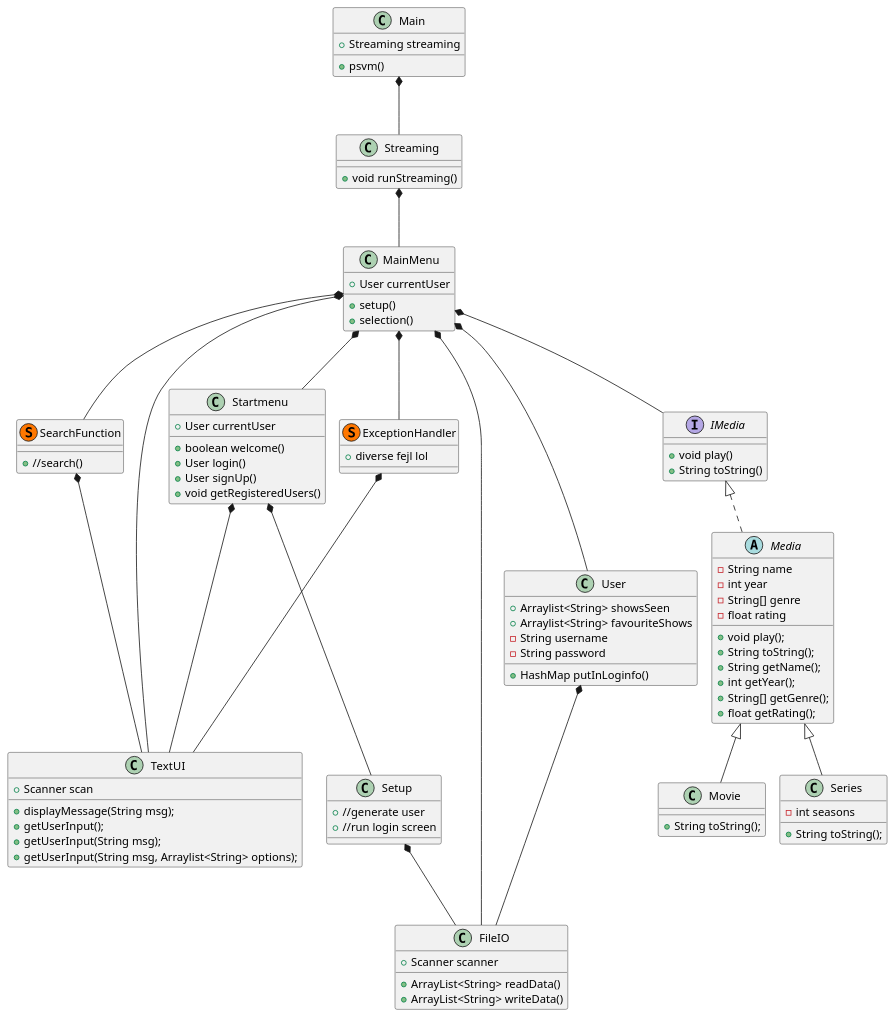
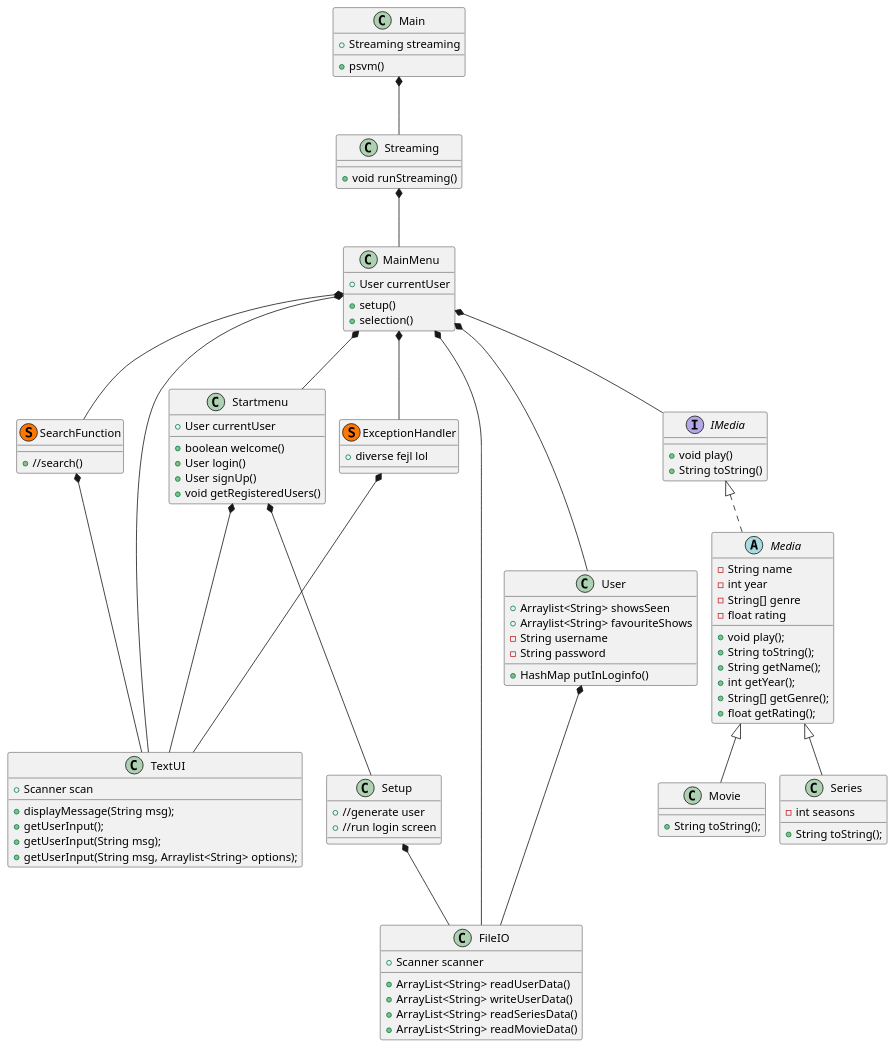
Before and after one commit to Sebbedeb/SP3---Streaming-Service: the diagram in SP03/Documentation/Class Diagram.puml, drawn with PlantUML.

Commit message:
UML FileIO update

```diff
--- a/SP03/Documentation/Class Diagram.puml
+++ b/SP03/Documentation/Class Diagram.puml
@@ -1,95 +1,97 @@
 @startuml
 'https://plantuml.com/class-diagram
 !pragma layout smetana
 
 class Main
 class MainMenu
 class Startmenu
 class TextUI
 class User
 class FileIO
 class ExceptionHandler << (S,#FF7700) >>
 abstract class Media implements IMedia
 class Movie extends Media
 class Series extends Media
 class SearchFunction << (S,#FF7700) >>
 class MainMenu
 class Streaming
 class Setup
 
 Main *--- Streaming
 Startmenu *--- Setup
 Streaming *--- MainMenu
 MainMenu *--- Startmenu
 MainMenu *---TextUI
 MainMenu *--- ExceptionHandler
 MainMenu *--- FileIO
 MainMenu *--- User
 MainMenu *--- IMedia
 MainMenu *--- SearchFunction
 User *--- FileIO
 SearchFunction *--- TextUI
 Startmenu *--- TextUI
 ExceptionHandler *--- TextUI
 Setup *--- FileIO
 
 Main : +psvm()
 Main : +Streaming streaming
 
 MainMenu : + User currentUser
 MainMenu : + setup()
 MainMenu : + selection()
 Streaming : + void runStreaming()
 
 Setup : + //generate user
 Setup : + //run login screen
 
 SearchFunction : +//search()
 
 Startmenu : + User currentUser
 Startmenu : + boolean welcome()
 Startmenu : + User login()
 Startmenu : + User signUp()
 Startmenu : + void getRegisteredUsers()
 
 FileIO : + Scanner scanner
-FileIO : + ArrayList<String> readData()
-FileIO : + ArrayList<String> writeData()
+FileIO : + ArrayList<String> readUserData()
+FileIO : + ArrayList<String> writeUserData()
+FileIO : + ArrayList<String> readSeriesData()
+FileIO : + ArrayList<String> readMovieData()
 
 
 User : + Arraylist<String> showsSeen
 User : + Arraylist<String> favouriteShows
 User : - String username
 User : - String password
 User : + HashMap putInLoginfo()
 
 
 IMedia : + void play()
 IMedia : + String toString()
 
 TextUI : + Scanner scan
 TextUI : + displayMessage(String msg);
 TextUI : + getUserInput();
 TextUI : + getUserInput(String msg);
 TextUI : + getUserInput(String msg, Arraylist<String> options);
 
 ExceptionHandler : + diverse fejl lol
 
 Media : -String name
 Media : -int year
 Media : -String[] genre
 Media : -float rating
 Media : + void play();
 Media : + String toString();
 Media : + String getName();
 Media : + int getYear();
 Media : + String[] getGenre();
 Media : + float getRating();
 
 Movie : + String toString();
 
 Series : - int seasons
 Series : + String toString();
 
 
 @enduml
```
